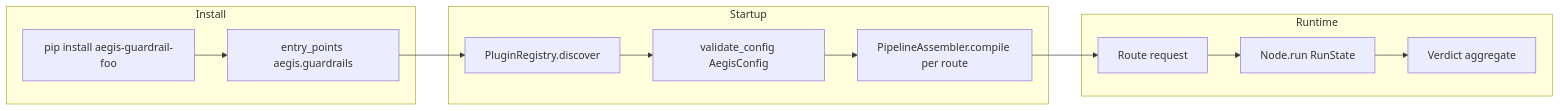
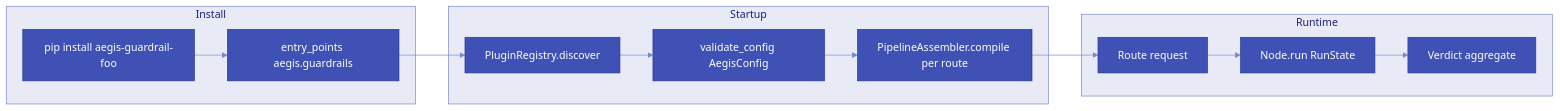
The diagram in docs/reference/configuration.md (e-choness/aegis), drawn with Mermaid before and after one commit. The commit also changed 11 other files, not shown here.

Commit message:
chore: mermaid color scheme fix, README update, lint error fixes

````diff
--- a/docs/reference/configuration.md
+++ b/docs/reference/configuration.md
@@ -8,18 +8,19 @@
 ```mermaid
+%%{init: {'theme': 'base', 'themeVariables': {'background': 'transparent', 'primaryColor': '#3f51b5', 'primaryTextColor': '#ffffff', 'primaryBorderColor': '#283593', 'lineColor': '#7986cb', 'secondaryColor': '#3949ab', 'tertiaryColor': '#5c6bc0', 'clusterBkg': '#e8eaf6', 'clusterBorder': '#7986cb', 'edgeLabelBackground': '#e8eaf6', 'titleColor': '#1a237e', 'nodeTextColor': '#ffffff'}}}%%
 flowchart LR
     subgraph INSTALL[Install]
         PKG[pip install aegis-guardrail-foo]
         EP[entry_points aegis.guardrails]
     end
     subgraph STARTUP[Startup]
         DISC[PluginRegistry.discover]
         VAL[validate_config AegisConfig]
         ASM[PipelineAssembler.compile per route]
     end
     subgraph RUNTIME[Runtime]
         ROUTE[Route request]
         NODE[Node.run RunState]
         VERDICT[Verdict aggregate]
     end
     PKG --> EP --> DISC --> VAL --> ASM --> ROUTE --> NODE --> VERDICT
 ```
````
